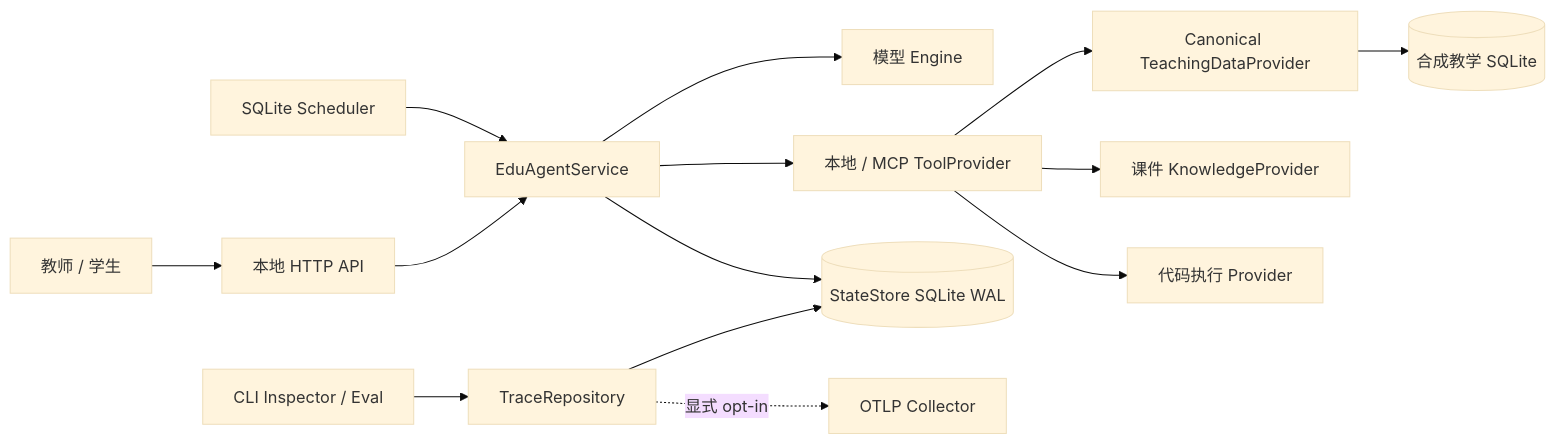
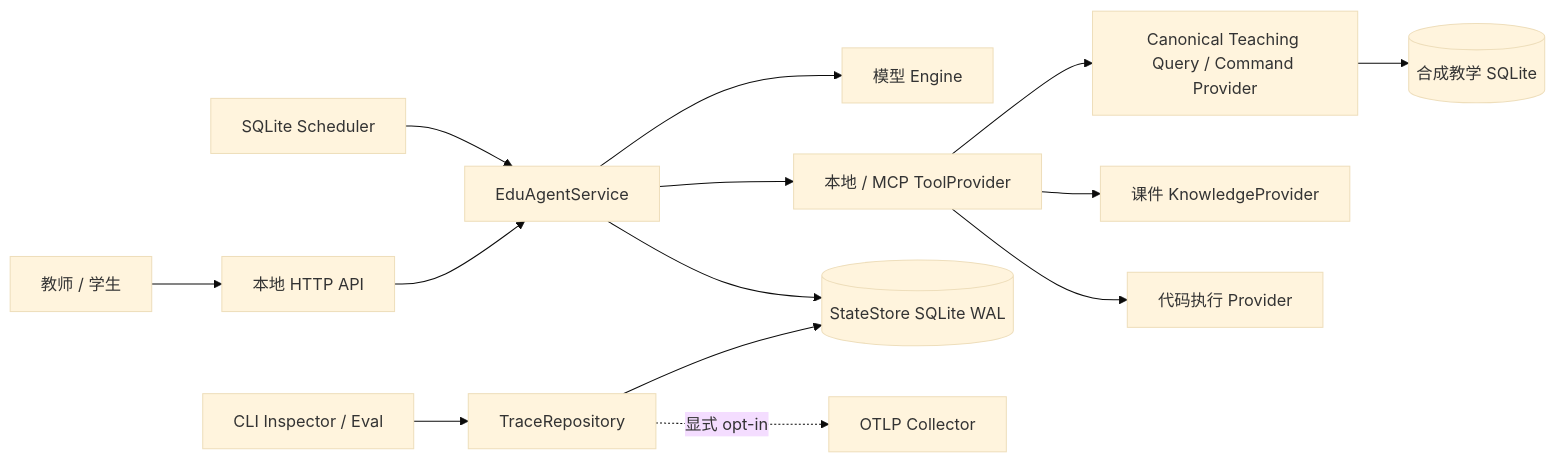
The first of 6 diagrams in docs/architecture.md (zhangxiaobina/edu-agent), drawn with Mermaid (base theme) before and after one commit. The commit also changed other lines of this file and 20 other files, not shown here.

Commit message:
feat: add canonical teaching command contracts

````diff
--- a/docs/architecture.md
+++ b/docs/architecture.md
@@ -8,16 +8,16 @@
 ```mermaid
 flowchart LR
     User[教师 / 学生] --> API[本地 HTTP API]
     Scheduler[SQLite Scheduler] --> Service[EduAgentService]
     API --> Service
     Service --> Engine[模型 Engine]
     Service --> Tools[本地 / MCP ToolProvider]
-    Tools --> Teaching[Canonical TeachingDataProvider]
+    Tools --> Teaching[Canonical Teaching Query / Command Provider]
     Teaching --> LMS[(合成教学 SQLite)]
     Tools --> Knowledge[课件 KnowledgeProvider]
     Tools --> Code[代码执行 Provider]
     Service --> State[(StateStore SQLite WAL)]
     Inspector[CLI Inspector / Eval] --> Trace[TraceRepository]
     Trace --> State
     Trace -. 显式 opt-in .-> OTLP[OTLP Collector]
 ```
````
